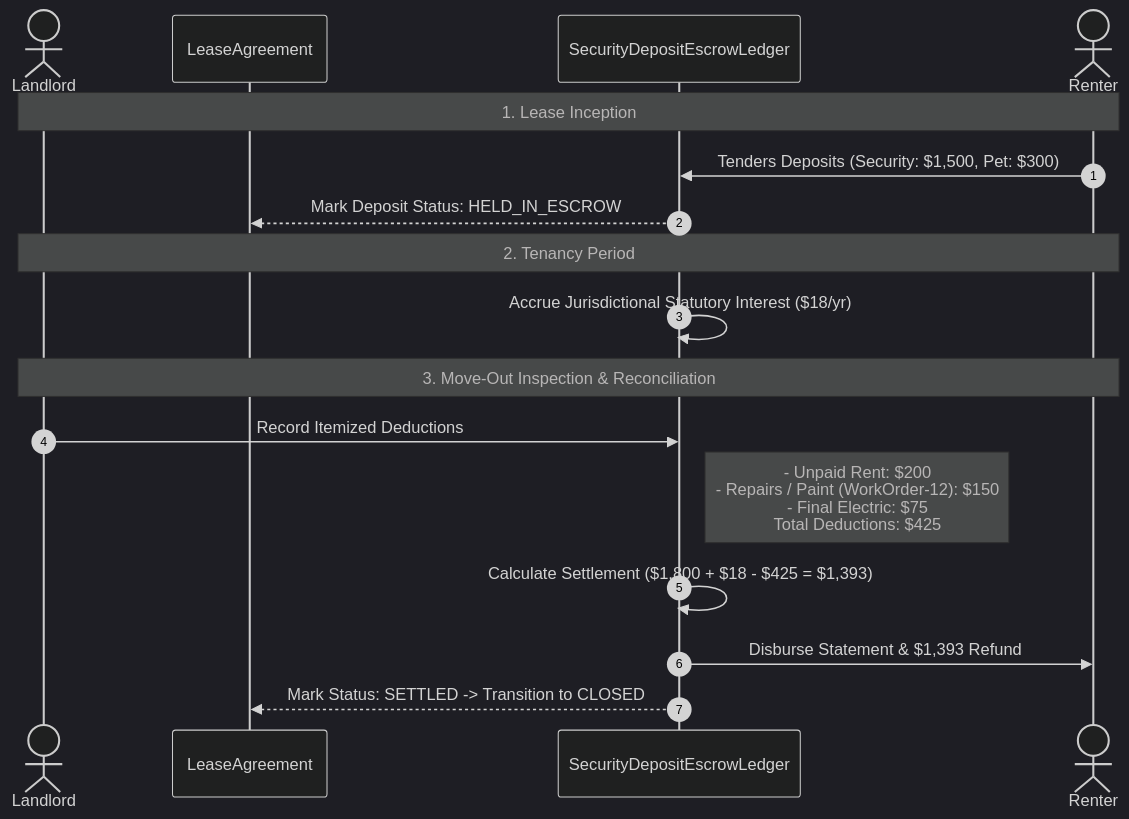
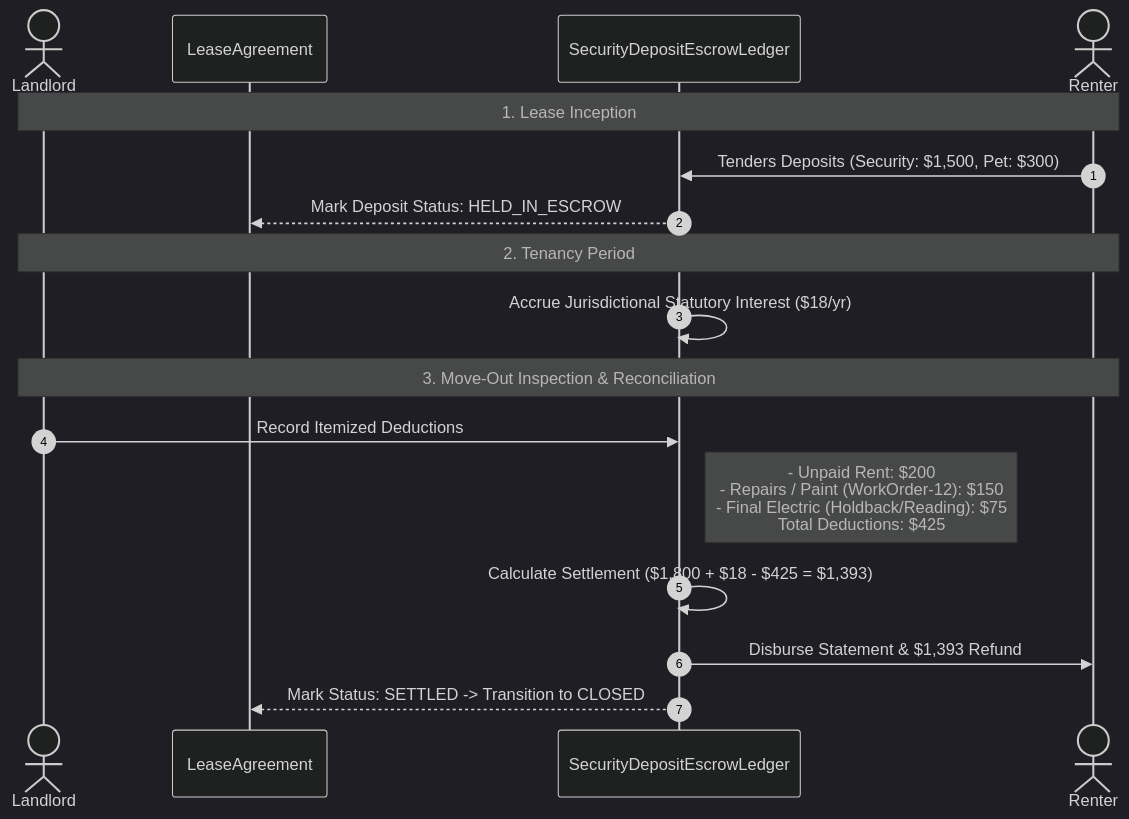
The seventh of 7 diagrams in docs/DOMAIN_ANALYSIS.md (prosubodh/sthanori), drawn with Mermaid (dark theme) before and after one commit. The commit also changed other lines of this file and 2 other files, not shown here.

````diff
--- a/docs/DOMAIN_ANALYSIS.md
+++ b/docs/DOMAIN_ANALYSIS.md
@@ -364,22 +398,22 @@
 ```mermaid
 sequenceDiagram
     autonumber
     actor Landlord
     participant Lease as LeaseAgreement
     participant Escrow as SecurityDepositEscrowLedger
     actor Renter
 
     Note over Landlord,Renter: 1. Lease Inception
     Renter->>Escrow: Tenders Deposits (Security: $1,500, Pet: $300)
     Escrow-->>Lease: Mark Deposit Status: HELD_IN_ESCROW
 
     Note over Landlord,Renter: 2. Tenancy Period
     Escrow->>Escrow: Accrue Jurisdictional Statutory Interest ($18/yr)
 
     Note over Landlord,Renter: 3. Move-Out Inspection & Reconciliation
     Landlord->>Escrow: Record Itemized Deductions
-    Note right of Escrow: - Unpaid Rent: $200<br/>- Repairs / Paint (WorkOrder-12): $150<br/>- Final Electric: $75<br/>Total Deductions: $425
+    Note right of Escrow: - Unpaid Rent: $200<br/>- Repairs / Paint (WorkOrder-12): $150<br/>- Final Electric (Holdback/Reading): $75<br/>Total Deductions: $425
     Escrow->>Escrow: Calculate Settlement ($1,800 + $18 - $425 = $1,393)
     Escrow->>Renter: Disburse Statement & $1,393 Refund
     Escrow-->>Lease: Mark Status: SETTLED -> Transition to CLOSED
 ```
````
